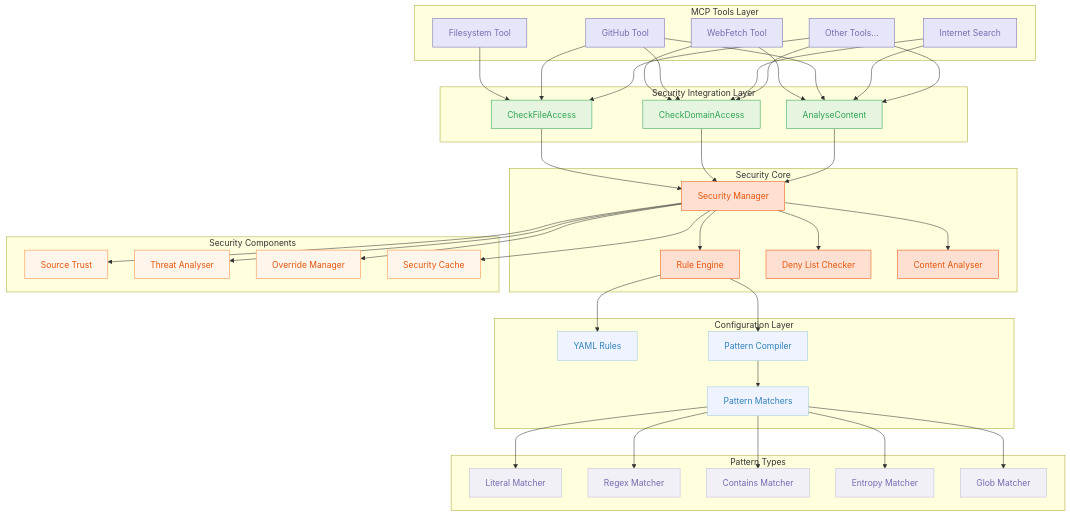
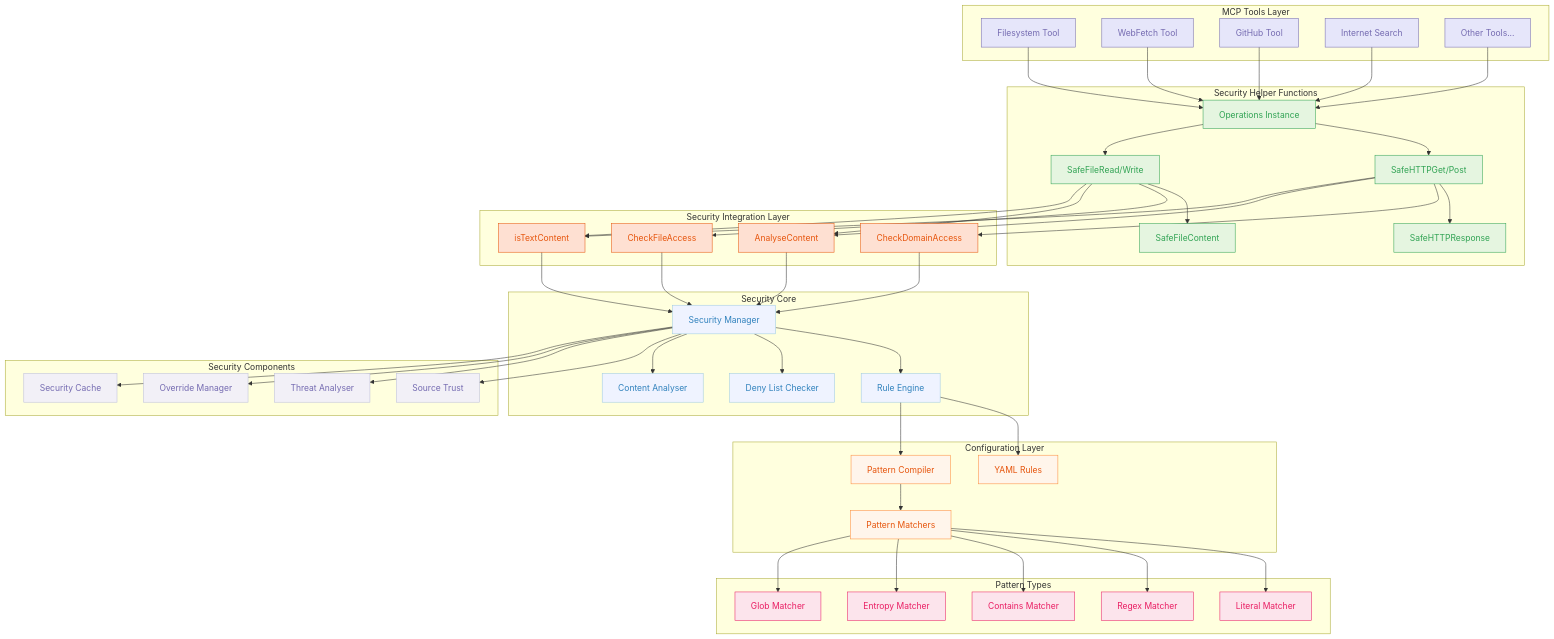
Before and after one commit to sammcj/mcp-devtools: the first of 2 diagrams in docs/security.md, drawn with Mermaid.

Commit message:
minor updates

```diff
--- a/docs/security.md
+++ b/docs/security.md
@@ -48,10 +48,19 @@
         OT[Other Tools...]
     end
 
+    subgraph "Security Helper Functions"
+        OPS[Operations Instance]
+        SHG[SafeHTTPGet/Post]
+        SFR[SafeFileRead/Write]
+        SHR[SafeHTTPResponse]
+        SFC[SafeFileContent]
+    end
+
     subgraph "Security Integration Layer"
         CFA[CheckFileAccess]
         CDA[CheckDomainAccess]
         AC[AnalyseContent]
+        ITC[isTextContent]
     end
 
     subgraph "Security Core"
@@ -82,23 +91,32 @@
         GM[Glob Matcher]
     end
 
-    %% Tool Integration
-    FT --> CFA
-    WT --> CDA
-    WT --> AC
-    GT --> CDA
-    GT --> CFA
-    GT --> AC
-    IT --> CDA
-    IT --> AC
-    OT --> CFA
-    OT --> CDA
-    OT --> AC
+    %% Tool to Helper Functions Integration
+    FT --> OPS
+    WT --> OPS
+    GT --> OPS
+    IT --> OPS
+    OT --> OPS
+
+    %% Helper Functions Operations
+    OPS --> SHG
+    OPS --> SFR
+    SHG --> SHR
+    SFR --> SFC
+
+    %% Helper Functions to Security Integration
+    SHG --> CDA
+    SHG --> AC
+    SHG --> ITC
+    SFR --> CFA
+    SFR --> AC
+    SFR --> ITC
 
     %% Security Integration to Core
     CFA --> SM
     CDA --> SM
     AC --> SM
+    ITC --> SM
 
     %% Security Manager Components
     SM --> RE
@@ -123,14 +141,16 @@
 
     %% Styling
     classDef toolLayer fill:#E6E6FA,stroke:#756BB1,color:#756BB1
-    classDef integrationLayer fill:#E5F5E0,stroke:#31A354,color:#31A354
-    classDef coreLayer fill:#FEE0D2,stroke:#E6550D,color:#E6550D
-    classDef configLayer fill:#EFF3FF,stroke:#9ECAE1,color:#3182BD
-    classDef componentLayer fill:#FFF5EB,stroke:#FD8D3C,color:#E6550D
-    classDef patternLayer fill:#F2F0F7,stroke:#BCBDDC,color:#756BB1
+    classDef helperLayer fill:#E5F5E0,stroke:#31A354,color:#31A354
+    classDef integrationLayer fill:#FEE0D2,stroke:#E6550D,color:#E6550D
+    classDef coreLayer fill:#EFF3FF,stroke:#9ECAE1,color:#3182BD
+    classDef configLayer fill:#FFF5EB,stroke:#FD8D3C,color:#E6550D
+    classDef componentLayer fill:#F2F0F7,stroke:#BCBDDC,color:#756BB1
+    classDef patternLayer fill:#FCE4EC,stroke:#E91E63,color:#E91E63
 
     class FT,WT,GT,IT,OT toolLayer
-    class CFA,CDA,AC integrationLayer
+    class OPS,SHG,SFR,SHR,SFC helperLayer
+    class CFA,CDA,AC,ITC integrationLayer
     class SM,RE,DLC,CA coreLayer
     class YR,PC,PM configLayer
     class ST,TA,OM,CACHE componentLayer
```
